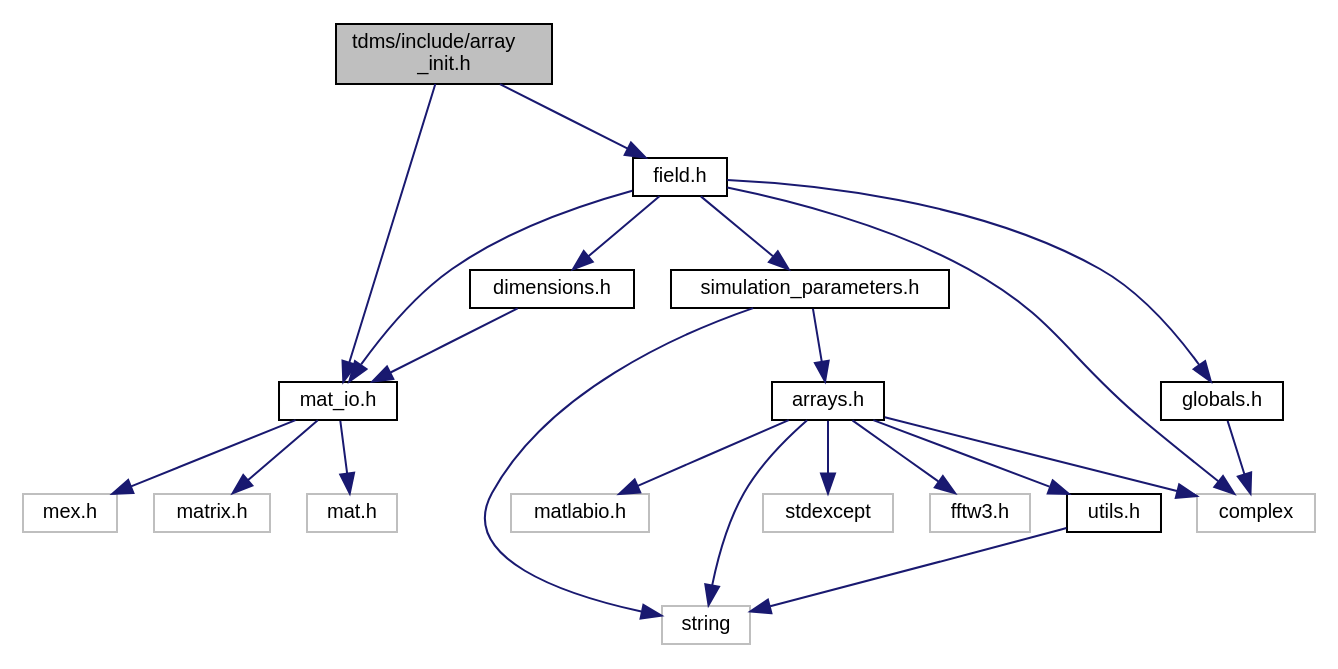
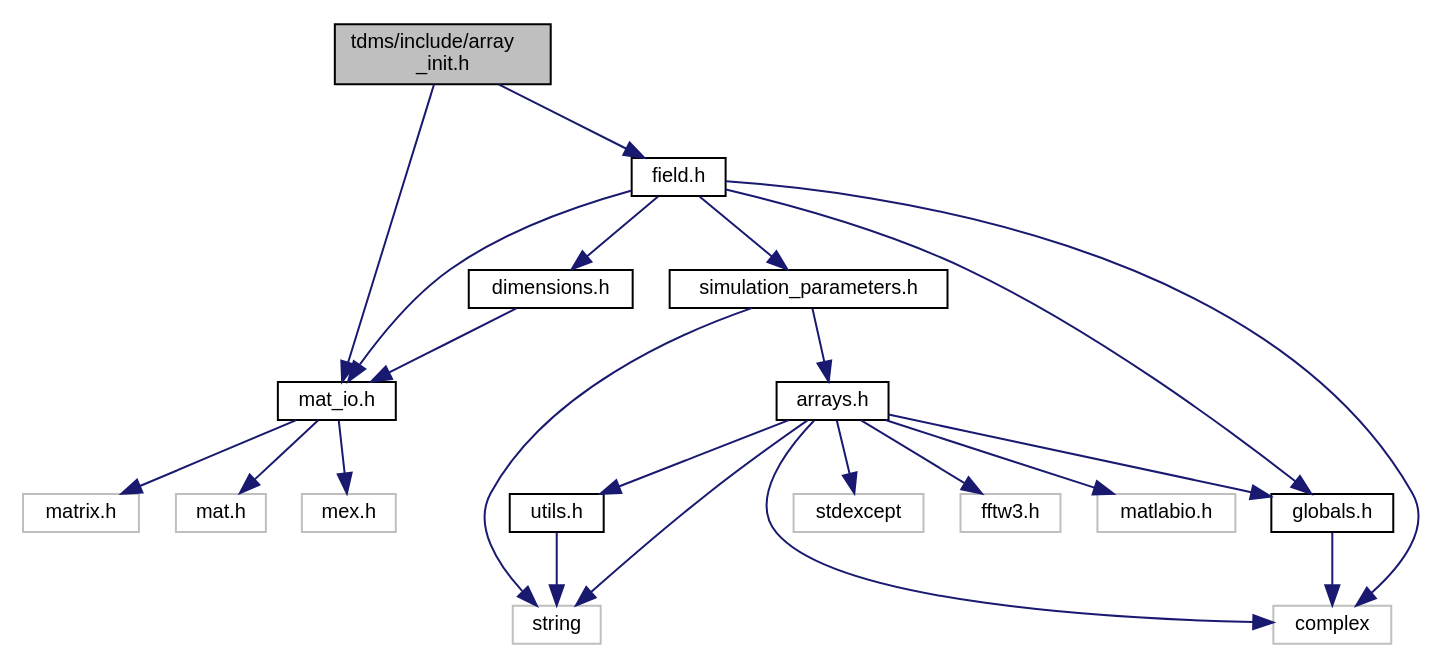
One commit to UCL/TDMS changed the diagram in array__init_8h__incl.dot. Above: the diagram before and after it, drawn with Graphviz. The commit also changed 130 other files, not shown here.

```diff
--- a/array__init_8h__incl.dot
+++ b/array__init_8h__incl.dot
@@ -1,43 +1,44 @@
 digraph "tdms/include/array_init.h"
 {
  // LATEX_PDF_SIZE
   edge [fontname="Helvetica",fontsize="10",labelfontname="Helvetica",labelfontsize="10"];
   node [fontname="Helvetica",fontsize="10",shape=record];
   Node1 [label="tdms/include/array\l_init.h",height=0.2,width=0.4,color="black", fillcolor="grey75", style="filled", fontcolor="black",tooltip="A collection of functions for array initialisation given MATLAB pointers."];
   Node1 -> Node2 [color="midnightblue",fontsize="10",style="solid",fontname="Helvetica"];
   Node2 [label="field.h",height=0.2,width=0.4,color="black", fillcolor="white", style="filled",URL="$field_8h.html",tooltip="Classes for the electric and magnetic (split) fields on a grid."];
   Node2 -> Node3 [color="midnightblue",fontsize="10",style="solid",fontname="Helvetica"];
   Node3 [label="complex",height=0.2,width=0.4,color="grey75", fillcolor="white", style="filled",tooltip=" "];
   Node2 -> Node4 [color="midnightblue",fontsize="10",style="solid",fontname="Helvetica"];
   Node4 [label="dimensions.h",height=0.2,width=0.4,color="black", fillcolor="white", style="filled",URL="$dimensions_8h.html",tooltip=" "];
   Node4 -> Node5 [color="midnightblue",fontsize="10",style="solid",fontname="Helvetica"];
   Node5 [label="mat_io.h",height=0.2,width=0.4,color="black", fillcolor="white", style="filled",URL="$mat__io_8h.html",tooltip="Includes MATLAB headers for I/O."];
   Node5 -> Node6 [color="midnightblue",fontsize="10",style="solid",fontname="Helvetica"];
   Node6 [label="mat.h",height=0.2,width=0.4,color="grey75", fillcolor="white", style="filled",tooltip=" "];
   Node5 -> Node7 [color="midnightblue",fontsize="10",style="solid",fontname="Helvetica"];
   Node7 [label="mex.h",height=0.2,width=0.4,color="grey75", fillcolor="white", style="filled",tooltip=" "];
   Node5 -> Node8 [color="midnightblue",fontsize="10",style="solid",fontname="Helvetica"];
   Node8 [label="matrix.h",height=0.2,width=0.4,color="grey75", fillcolor="white", style="filled",tooltip=" "];
   Node2 -> Node5 [color="midnightblue",fontsize="10",style="solid",fontname="Helvetica"];
   Node2 -> Node9 [color="midnightblue",fontsize="10",style="solid",fontname="Helvetica"];
   Node9 [label="simulation_parameters.h",height=0.2,width=0.4,color="black", fillcolor="white", style="filled",URL="$simulation__parameters_8h.html",tooltip="Classes collecting parameters for the simulation."];
   Node9 -> Node10 [color="midnightblue",fontsize="10",style="solid",fontname="Helvetica"];
   Node10 [label="string",height=0.2,width=0.4,color="grey75", fillcolor="white", style="filled",tooltip=" "];
   Node9 -> Node11 [color="midnightblue",fontsize="10",style="solid",fontname="Helvetica"];
   Node11 [label="arrays.h",height=0.2,width=0.4,color="black", fillcolor="white", style="filled",URL="$arrays_8h.html",tooltip="Classes describing arrays, vertices etc."];
   Node11 -> Node3 [color="midnightblue",fontsize="10",style="solid",fontname="Helvetica"];
   Node11 -> Node10 [color="midnightblue",fontsize="10",style="solid",fontname="Helvetica"];
   Node11 -> Node12 [color="midnightblue",fontsize="10",style="solid",fontname="Helvetica"];
   Node12 [label="stdexcept",height=0.2,width=0.4,color="grey75", fillcolor="white", style="filled",tooltip=" "];
   Node11 -> Node13 [color="midnightblue",fontsize="10",style="solid",fontname="Helvetica"];
   Node13 [label="fftw3.h",height=0.2,width=0.4,color="grey75", fillcolor="white", style="filled",tooltip=" "];
   Node11 -> Node14 [color="midnightblue",fontsize="10",style="solid",fontname="Helvetica"];
   Node14 [label="matlabio.h",height=0.2,width=0.4,color="grey75", fillcolor="white", style="filled",tooltip=" "];
   Node11 -> Node15 [color="midnightblue",fontsize="10",style="solid",fontname="Helvetica"];
   Node15 [label="utils.h",height=0.2,width=0.4,color="black", fillcolor="white", style="filled",URL="$utils_8h.html",tooltip="Useful miscellaneous utility functions."];
   Node15 -> Node10 [color="midnightblue",fontsize="10",style="solid",fontname="Helvetica"];
-  Node2 -> Node16 [color="midnightblue",fontsize="10",style="solid",fontname="Helvetica"];
+  Node11 -> Node16 [color="midnightblue",fontsize="10",style="solid",fontname="Helvetica"];
   Node16 [label="globals.h",height=0.2,width=0.4,color="black", fillcolor="white", style="filled",URL="$globals_8h.html",tooltip="Type definitions and global constants."];
   Node16 -> Node3 [color="midnightblue",fontsize="10",style="solid",fontname="Helvetica"];
+  Node2 -> Node16 [color="midnightblue",fontsize="10",style="solid",fontname="Helvetica"];
   Node1 -> Node5 [color="midnightblue",fontsize="10",style="solid",fontname="Helvetica"];
 }
```
